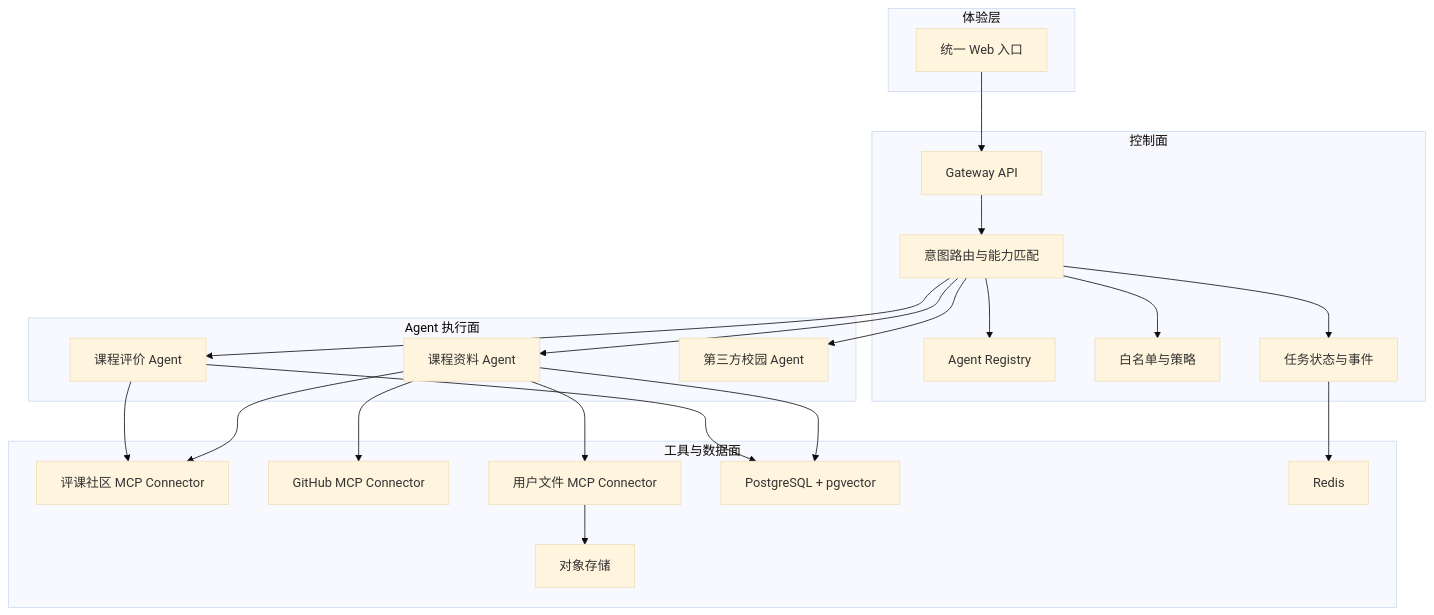
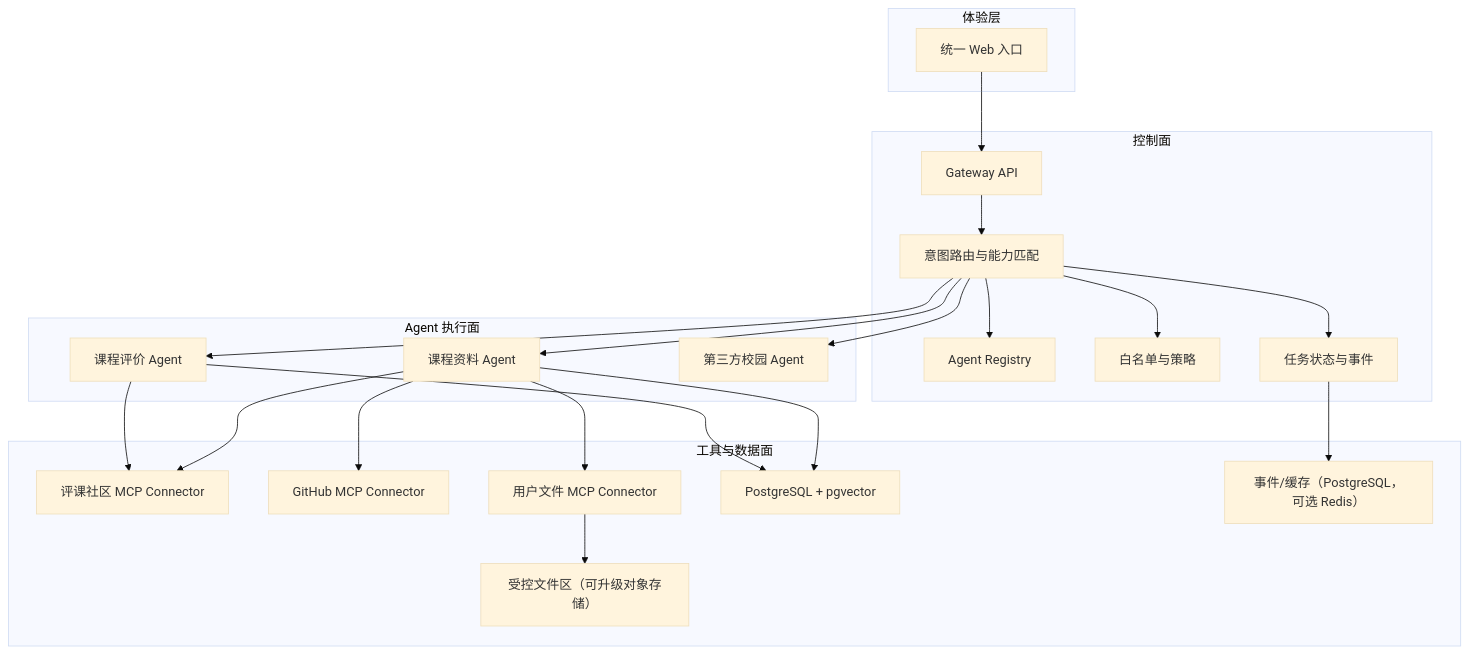
Before and after one commit to xytsakura/ai-for-better-life-in-ustc: the first of 2 diagrams in docs/architecture/overview.md, drawn with Mermaid (base theme). The commit also changed other lines of this file and 14 other files, not shown here.

````diff
--- a/docs/architecture/overview.md
+++ b/docs/architecture/overview.md
@@ -25,46 +27,46 @@
 ```mermaid
 flowchart TB
     subgraph UX["体验层"]
         WEB["统一 Web 入口"]
     end
 
     subgraph CONTROL["控制面"]
         API["Gateway API"]
         ROUTER["意图路由与能力匹配"]
         REGISTRY["Agent Registry"]
         POLICY["白名单与策略"]
         TASKS["任务状态与事件"]
     end
 
     subgraph AGENTS["Agent 执行面"]
         COURSE["课程评价 Agent"]
         STUDY["课程资料 Agent"]
         THIRD["第三方校园 Agent"]
     end
 
     subgraph TOOLS["工具与数据面"]
         ICOURSE["评课社区 MCP Connector"]
         GITHUB["GitHub MCP Connector"]
         FILES["用户文件 MCP Connector"]
         DB["PostgreSQL + pgvector"]
-        CACHE["Redis"]
-        OBJECTS["对象存储"]
+        CACHE["事件/缓存（PostgreSQL，可选 Redis）"]
+        OBJECTS["受控文件区（可升级对象存储）"]
     end
 
     WEB --> API
     API --> ROUTER
     ROUTER --> REGISTRY
     ROUTER --> POLICY
     ROUTER --> TASKS
     ROUTER --> COURSE
     ROUTER --> STUDY
     ROUTER --> THIRD
     COURSE --> ICOURSE
     STUDY --> ICOURSE
     STUDY --> GITHUB
     STUDY --> FILES
     COURSE --> DB
     STUDY --> DB
     TASKS --> CACHE
     FILES --> OBJECTS
 ```
````
